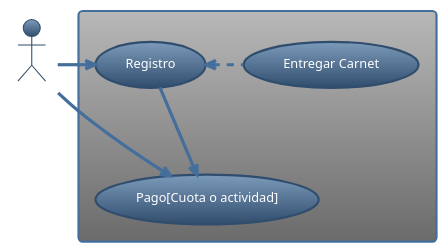
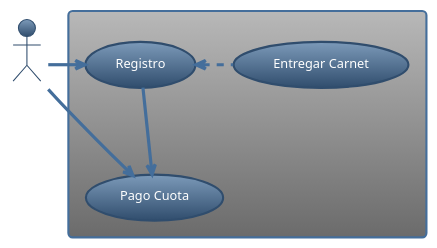
Before and after one commit to itfs29/2024-modelado: the first of 4 diagrams in tpi/tp-integradoc.adoc, drawn with PlantUML. The commit also changed other lines of this file, not shown here.

```diff
--- a/tpi/tp-integradoc.adoc
+++ b/tpi/tp-integradoc.adoc
@@ -32,22 +34,22 @@
 [plantuml, target=i2599146368, svg]
 ....
 @startuml
 
 !theme spacelab
 
-:Cliente: as cli
+:Socio: as cli
 
 rectangle {
     (Registro) as (reg)
-    (Pago[Cuota o actividad]) as (pago)
+    (Pago Cuota) as (pago)
     (Entregar Carnet) as (entcar)
 }
 
 (cli) -r-> (reg)
 (reg) --> (pago)
 (reg) <.r. (entcar)
 (cli) -r-> (pago)
 
 
 @enduml
 ....
```
